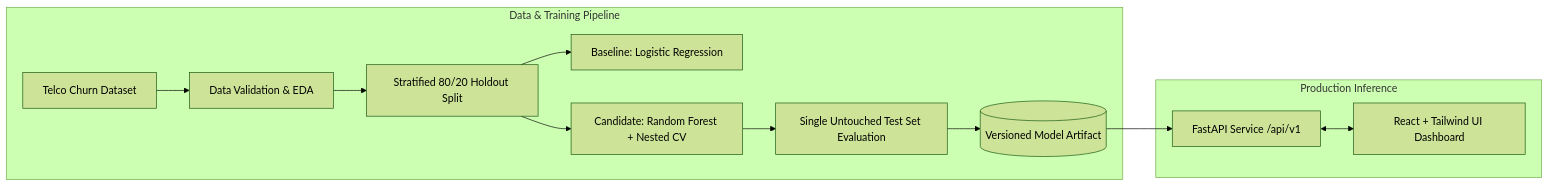
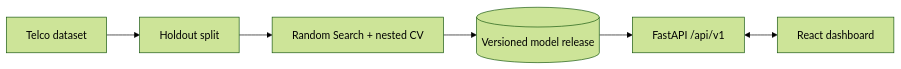
One commit to ManojLamani/Auto-Tuned-Churn-API changed the diagram in README.md. Above: the diagram before and after it, drawn with Mermaid (forest theme). The commit also changed other lines of this file, not shown here.

````diff
--- a/README.md
+++ b/README.md
@@ -47,16 +26,8 @@
 ```mermaid
 flowchart LR
-    subgraph Data & Training Pipeline
-        A[Telco Churn Dataset] --> B[Data Validation & EDA]
-        B --> C[Stratified 80/20 Holdout Split]
-        C --> D[Baseline: Logistic Regression]
-        C --> E[Candidate: Random Forest + Nested CV]
-        E --> F[Single Untouched Test Set Evaluation]
-        F --> G[(Versioned Model Artifact)]
-    end
-
-    subgraph Production Inference
-        G --> H[FastAPI Service /api/v1]
-        H <--> I[React + Tailwind UI Dashboard]
-    end
+    A[Telco dataset] --> B[Holdout split]
+    B --> C[Random Search + nested CV]
+    C --> D[(Versioned model release)]
+    D --> E[FastAPI /api/v1]
+    E <--> F[React dashboard]
 ```
````
